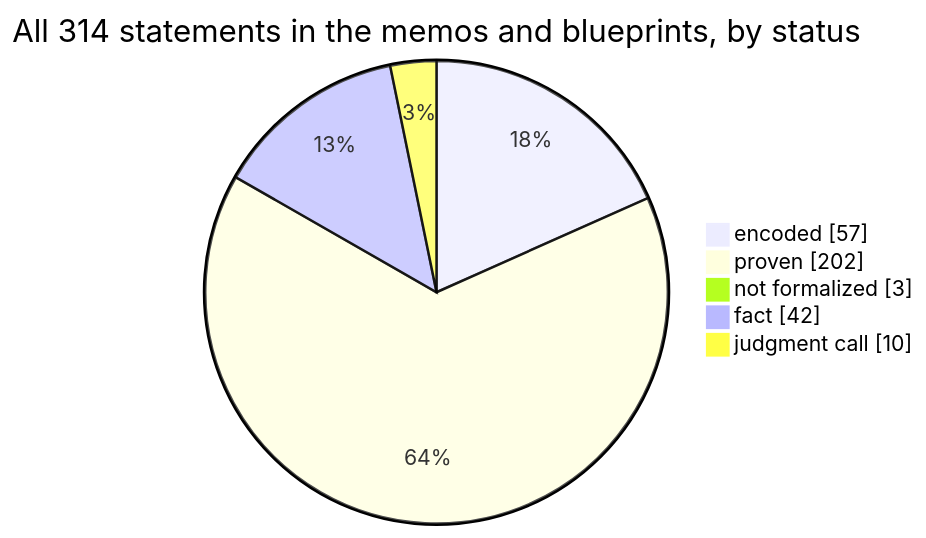
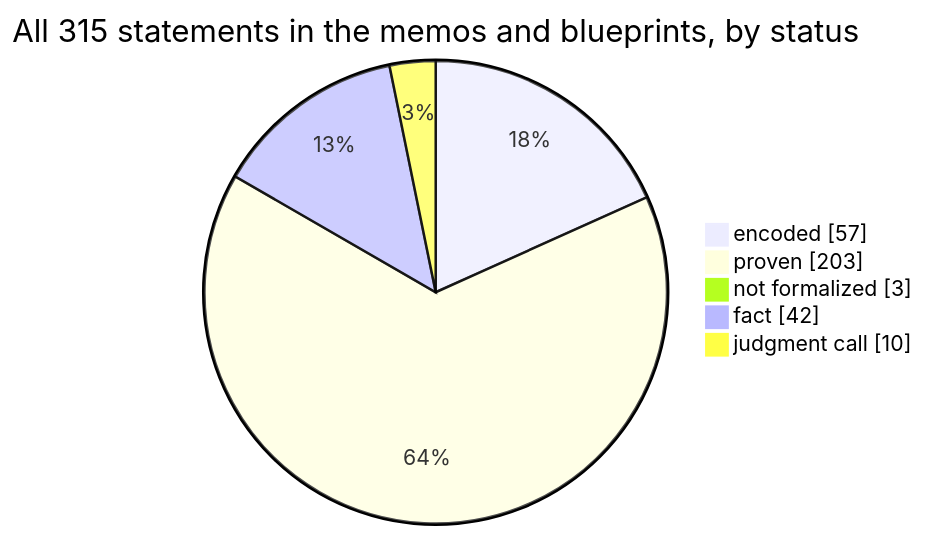
The first of 4 diagrams in docs/graphs/dashboard.md (SeanWMurray/Canteen), drawn with Mermaid before and after one commit. The commit also changed other lines of this file and 14 other files, not shown here.

````diff
--- a/docs/graphs/dashboard.md
+++ b/docs/graphs/dashboard.md
@@ -11,8 +11,8 @@
 ```mermaid
-pie showData title All 314 statements in the memos and blueprints, by status
+pie showData title All 315 statements in the memos and blueprints, by status
     "encoded" : 57
-    "proven" : 202
+    "proven" : 203
     "not formalized" : 3
     "fact" : 42
     "judgment call" : 10
 ```
````
